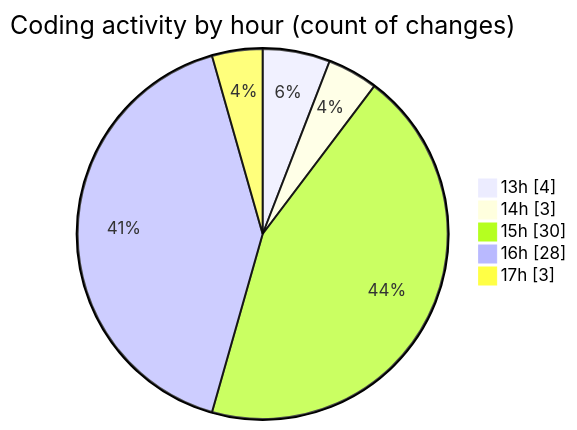
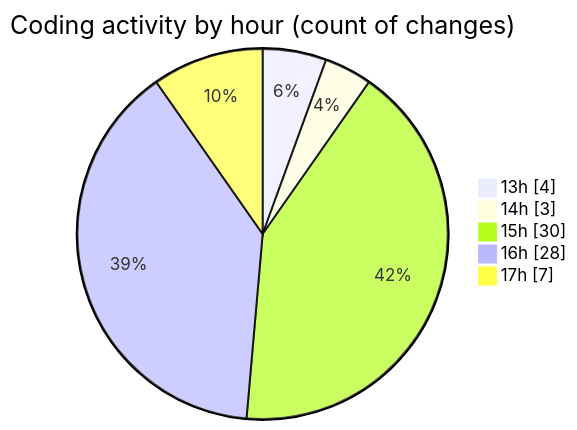
The second of 2 diagrams in 2025-08-11/ribbon/README.md (EIIisD/code-tracking), drawn with Mermaid before and after one commit. The commit also changed other lines of this file and 1 other file, not shown here.

````diff
--- a/2025-08-11/ribbon/README.md
+++ b/2025-08-11/ribbon/README.md
@@ -49,9 +49,9 @@
 ```mermaid
 pie showData
 title Coding activity by hour (count of changes)
 "13h" : 4
 "14h" : 3
 "15h" : 30
 "16h" : 28
-"17h" : 3
+"17h" : 7
 ```
````
